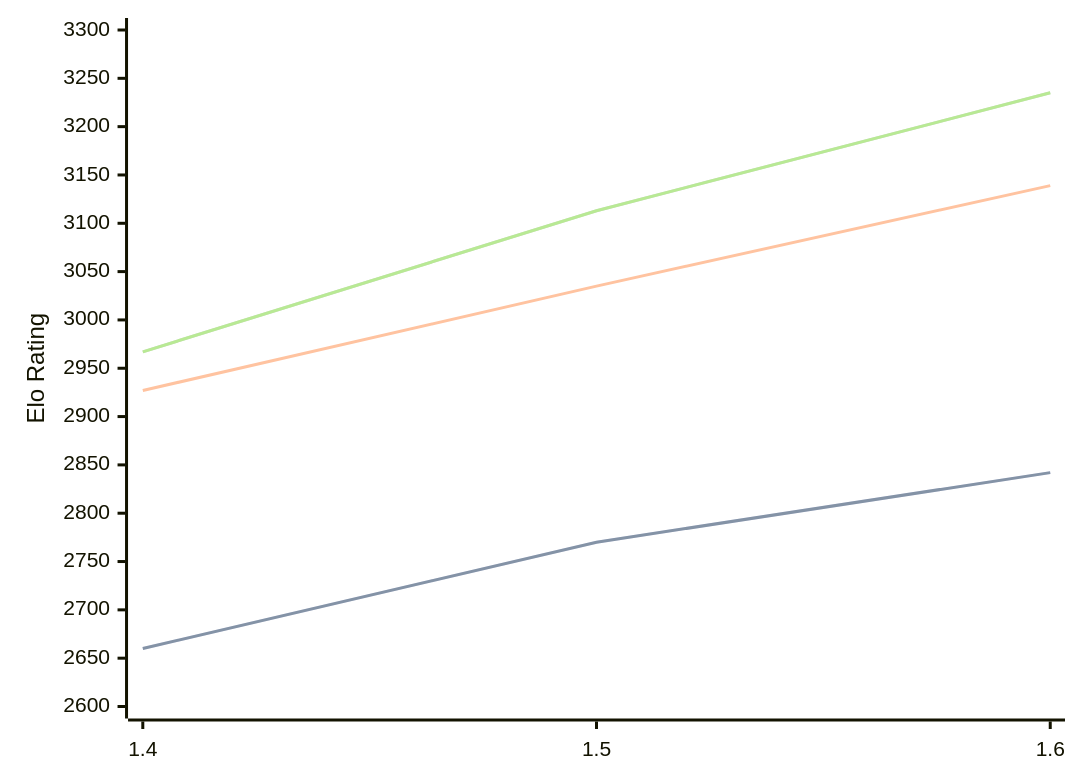
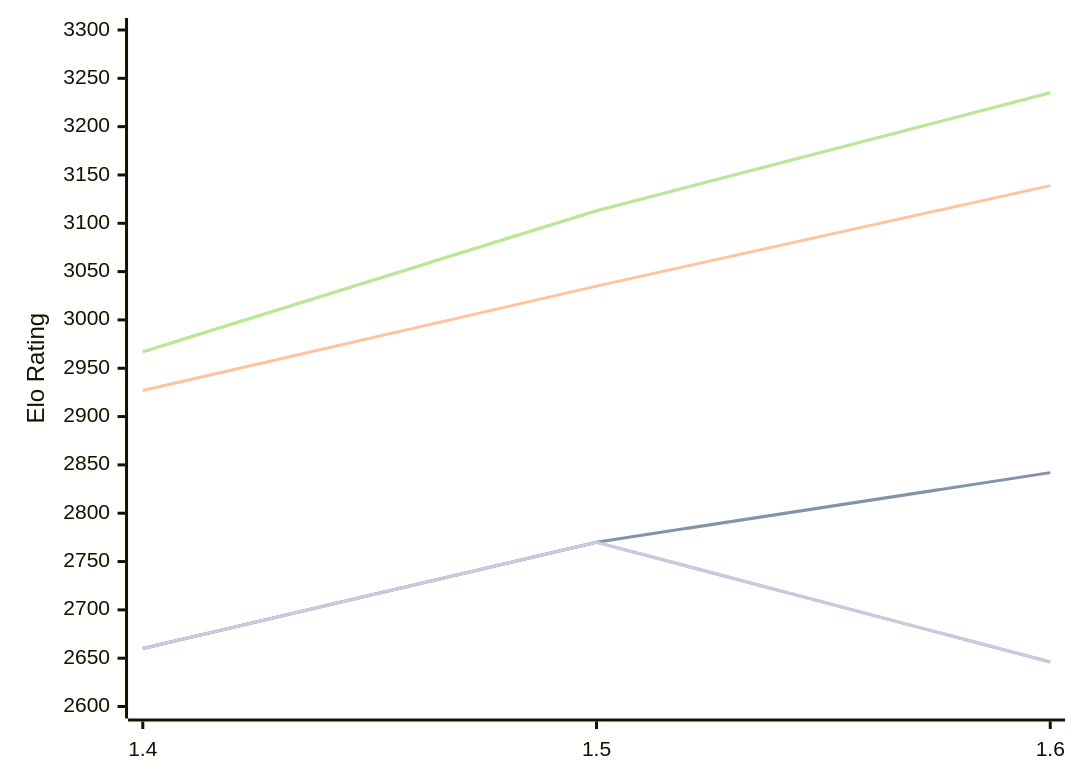
Before and after one commit to computer-chess-index/cci: the diagram in engines/Yakka.md, drawn with Mermaid. The commit also changed other lines of this file, not shown here.

Commit message:
Update CCI Ratings (ELO VLTC) - 2026-10-11

````diff
--- a/engines/Yakka.md
+++ b/engines/Yakka.md
@@ -49,16 +49,13 @@
 ```mermaid
 %%{init: {"theme":"base","themeVariables":{"seriesColors:['#a3a3a3','#222221','#faa371']}}}%%
 xychart-beta
   x-axis ["1.4", "1.5", "1.6"]
   y-axis "Elo Rating" 2600 --> 3300
   line "" [2660, 2770, 2842]
   line "T1: STC (8.0+0.08s)" [2660, 2770, 2842]
   line "T1: LTC (60.0+0.60s)" [2927, 3035, 3139]
   line "" [2967, 3113, 3235]
   line "T1: VLTC (2m24s+1.12s)" [2967, 3113, 3235]
-  line "" [2643]
-  line "E1: STC (8.0+0.08s)" [2643]
-  line "E1: LTC (60.0+0.60s)" [2913]
-  line "" [3039]
-  line "E1: VLTC (2m24s+1.12s)" [3039]
+  line "" [2660, 2770,2646]
+  line "E1: STC (8.0+0.08s)" [2660, 2770,2646]
 ```
````
